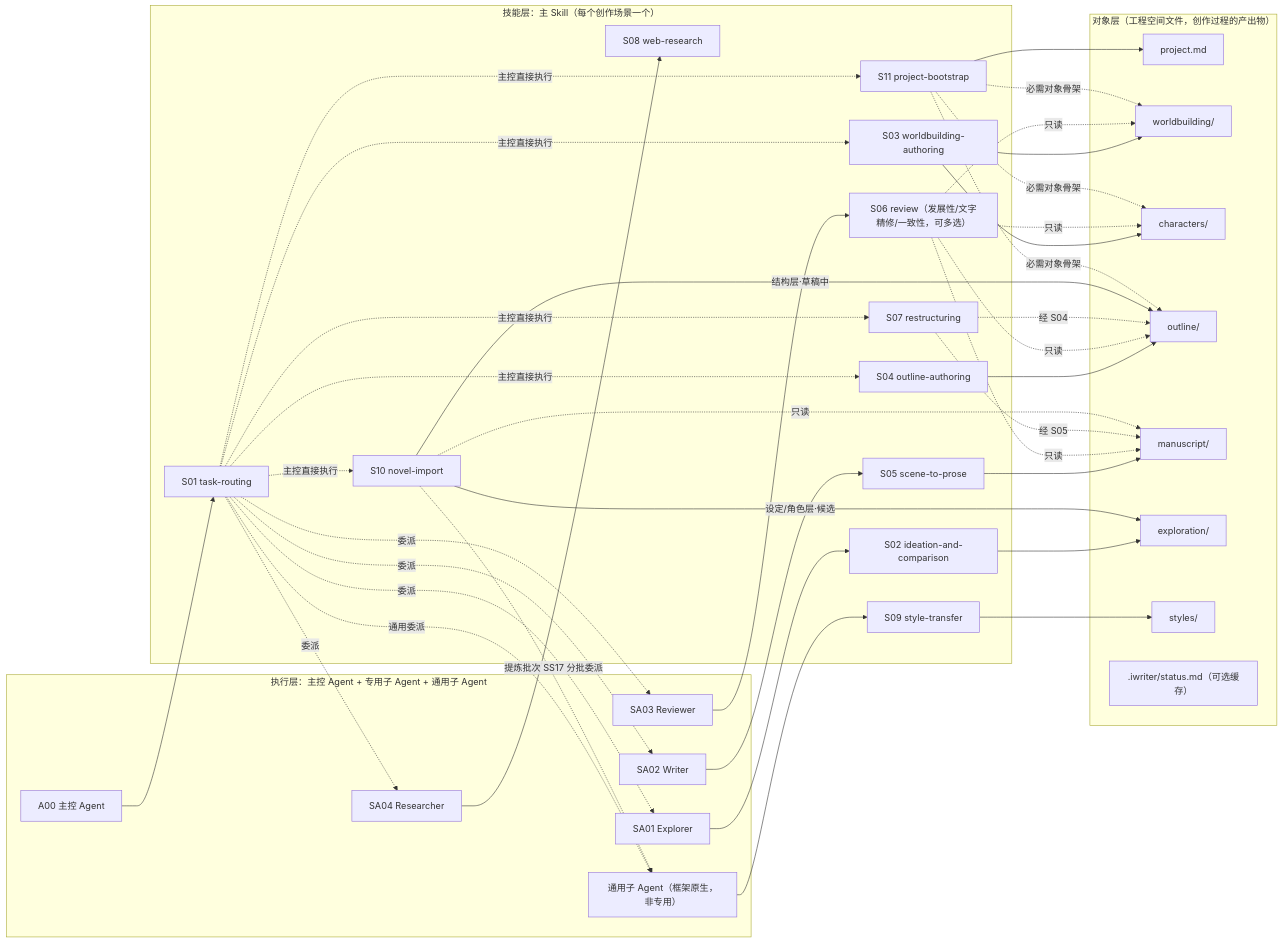
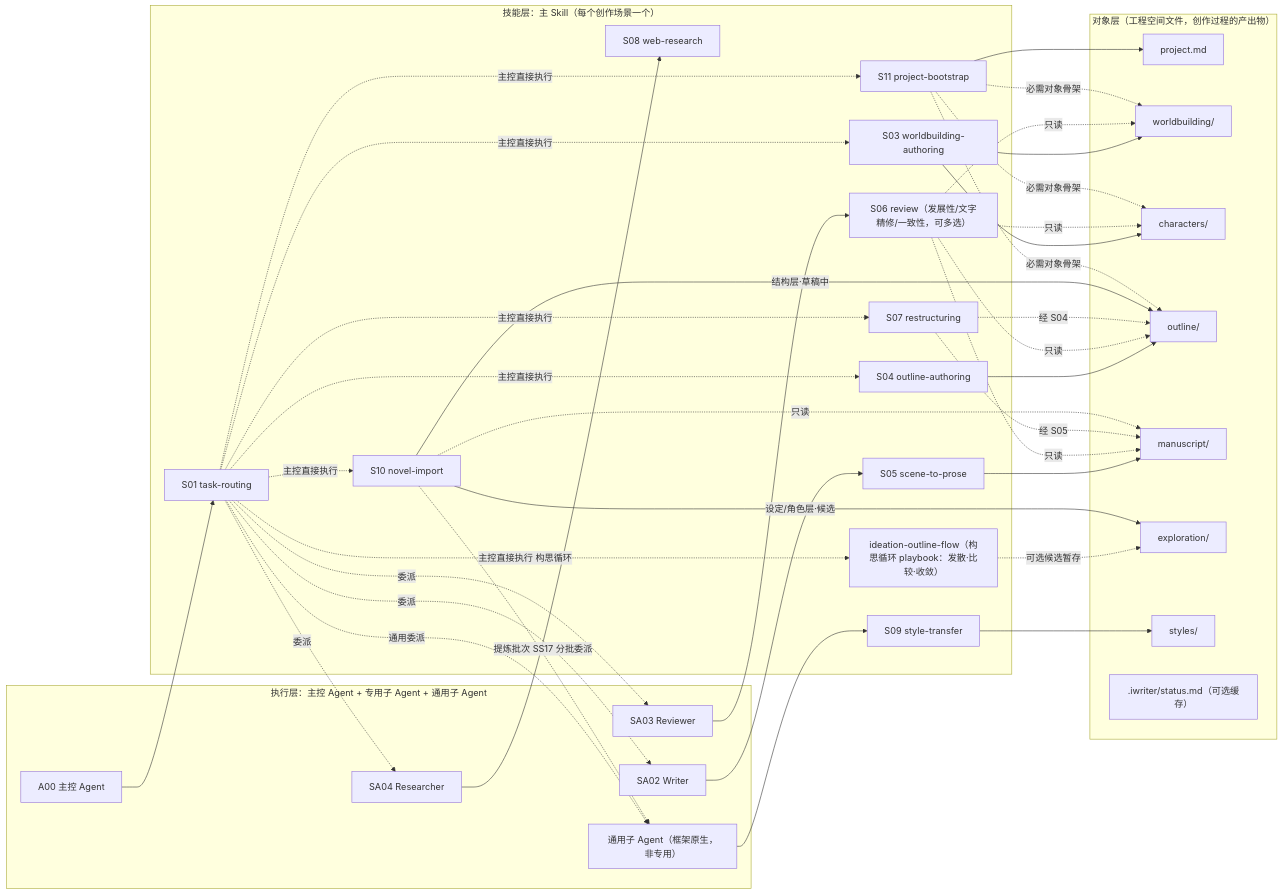
The second of 2 diagrams in design/creativeagent phase 2/03. 小说创作搭子｜AI Story Buddy：概要设计.md (map9/iWriter), drawn with Mermaid before and after one commit. The commit also changed other lines of this file and 11 other files, not shown here.

First line of the commit message:
refactor(creative): main 编辑技能梳理——advisory→review 改名 + ideation-outline-flow 合流 + explorer skill 归位

````diff
--- a/design/creativeagent phase 2/03. 小说创作搭子｜AI Story Buddy：概要设计.md
+++ b/design/creativeagent phase 2/03. 小说创作搭子｜AI Story Buddy：概要设计.md
@@ -258,75 +260,73 @@
 ```mermaid
 flowchart LR
   subgraph 对象层["对象层（工程空间文件，创作过程的产出物）"]
     F1["project.md"]
     F2["worldbuilding/"]
     F3["characters/"]
     F4["outline/"]
     F5["manuscript/"]
     F6["exploration/"]
     F7["styles/"]
     F9[".iwriter/status.md（可选缓存）"]
   end
 
   subgraph 技能层["技能层：主 Skill（每个创作场景一个）"]
     S01["S01 task-routing"]
-    S02["S02 ideation-and-comparison"]
+    S02["ideation-outline-flow（构思循环 playbook：发散·比较·收敛）"]
     S03["S03 worldbuilding-authoring"]
     S04["S04 outline-authoring"]
     S05["S05 scene-to-prose"]
     S06["S06 review（发展性/文字精修/一致性，可多选）"]
     S07["S07 restructuring"]
     S08["S08 web-research"]
     S09["S09 style-transfer"]
     S10["S10 novel-import"]
     S11["S11 project-bootstrap"]
   end
 
   subgraph 执行层["执行层：主控 Agent + 专用子 Agent + 通用子 Agent"]
     A00["A00 主控 Agent"]
-    SA01["SA01 Explorer"]
     SA02["SA02 Writer"]
     SA03["SA03 Reviewer"]
     SA04["SA04 Researcher"]
     GP["通用子 Agent（框架原生，非专用）"]
   end
 
   A00 --> S01
-  S01 -.->|委派| SA01
+  S01 -.->|主控直接执行 构思循环| S02
   S01 -.->|委派| SA02
   S01 -.->|委派| SA03
   S01 -.->|委派| SA04
   S01 -.->|通用委派| GP
   S01 -.->|主控直接执行| S03
   S01 -.->|主控直接执行| S04
   S01 -.->|主控直接执行| S07
   S01 -.->|主控直接执行| S10
   S01 -.->|主控直接执行| S11
 
-  SA01 --> S02
   SA02 --> S05
   SA03 --> S06
   SA04 --> S08
   GP --> S09
   S10 -.->|提炼批次 SS17 分批委派| GP
 
-  S02 --> F6
+  S02 -.->|可选候选暂存| F6
   S03 --> F2
   S03 --> F3
   S04 --> F4
   S05 --> F5
   S06 -.->|只读| F5
   S06 -.->|只读| F4
   S06 -.->|只读| F3
   S06 -.->|只读| F2
   S07 -.->|经 S04| F4
   S07 -.->|经 S05| F5
   S09 --> F7
   S10 -.->|只读| F5
   S10 -->|结构层·草稿中| F4
   S10 -->|设定/角色层·候选| F6
   S11 --> F1
   S11 -.->|必需对象骨架| F2
   S11 -.->|必需对象骨架| F3
   S11 -.->|必需对象骨架| F4
 ```
````
